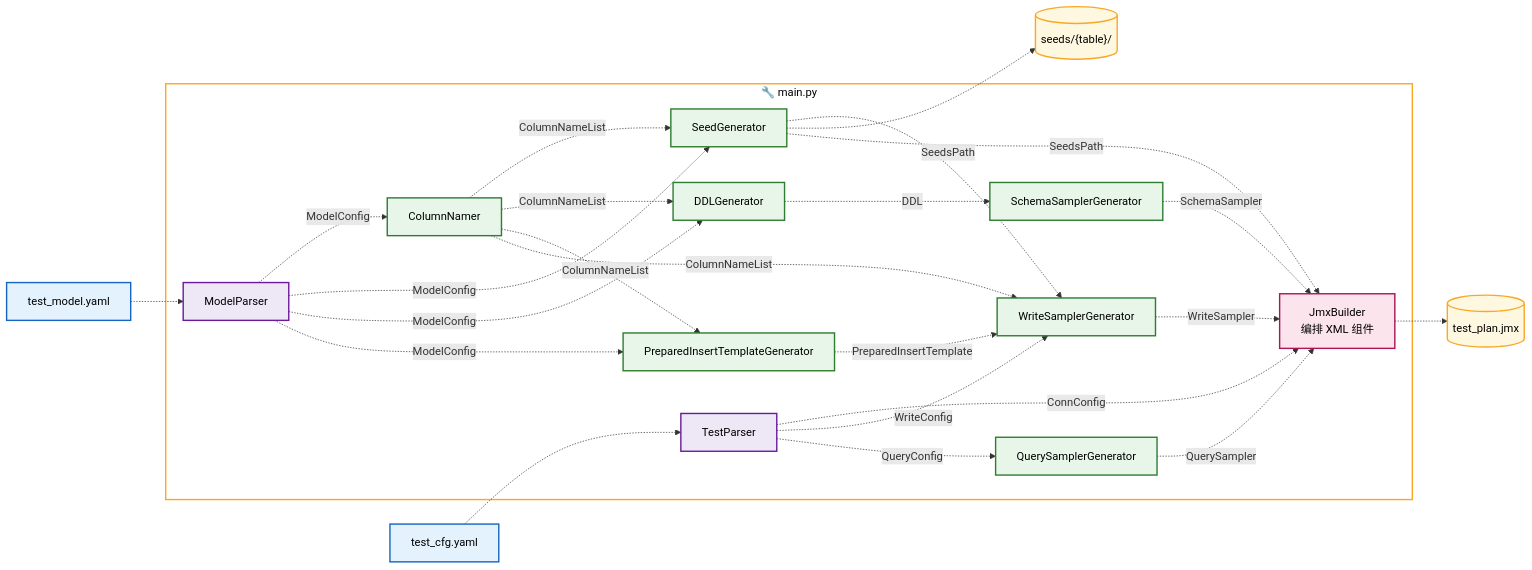
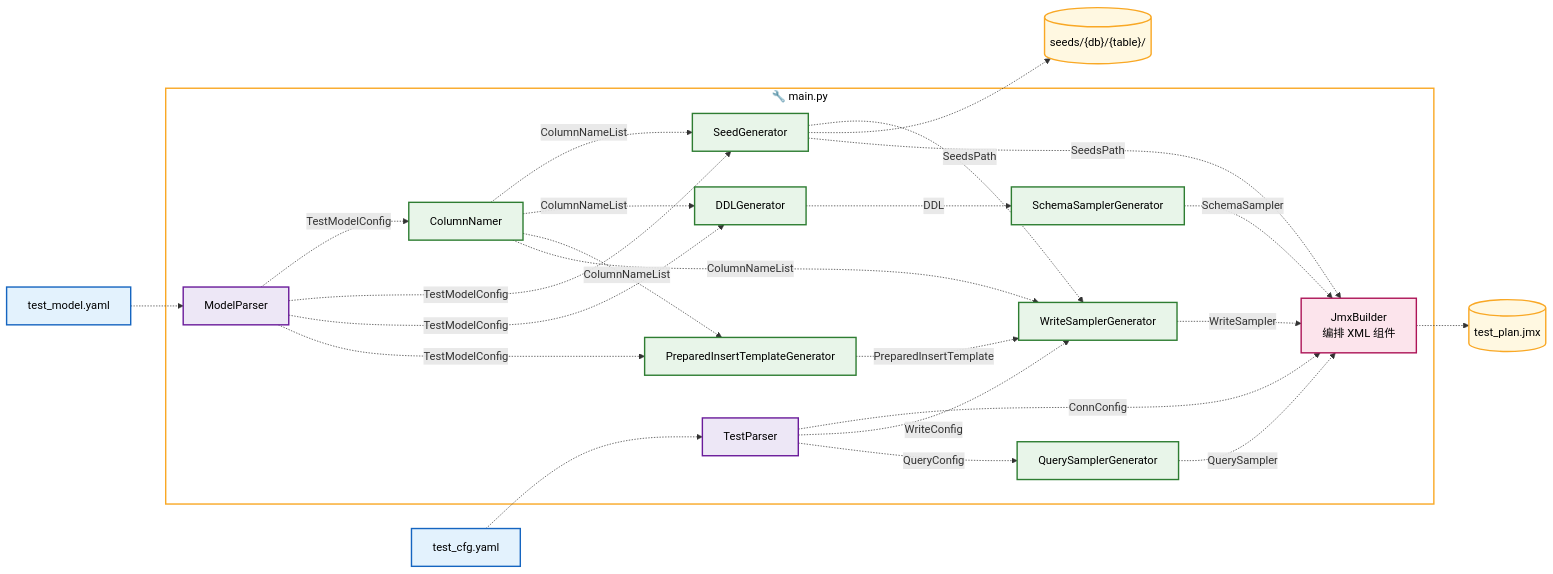
One commit to CharlieTheLionheart/jmeter-plan-generator changed the second of 3 diagrams in docs/designs/kwdb-svt-test-plan-generator-design.md. Above: the diagram before and after it, drawn with Mermaid. The commit also changed other lines of this file and 76 other files, not shown here.

````diff
--- a/docs/designs/kwdb-svt-test-plan-generator-design.md
+++ b/docs/designs/kwdb-svt-test-plan-generator-design.md
@@ -88,63 +88,63 @@
 ```mermaid
 flowchart LR
 TM["test_model.yaml"]
 TC["test_cfg.yaml"]
 subgraph Main["🔧 main.py"]
   PM["ModelParser"]
   PC["TestParser"]
   CN["ColumnNamer"]
   SDG["SeedGenerator"]
   DDG["DDLGenerator"]
   PITG["PreparedInsertTemplateGenerator"]
   JB["JmxBuilder\n编排 XML 组件"]
   WSG["WriteSamplerGenerator"]
   SCG["SchemaSamplerGenerator"]
   QSG["QuerySamplerGenerator"]
 end
 JMX[("test_plan.jmx")]
-SEEDS[("seeds/{table}/")]
+SEEDS[("seeds/{db}/{table}/")]
 
 TM -.-> PM
 TC -.-> PC
 
-PM -.->|ModelConfig| CN
-PM -.->|ModelConfig| SDG
-PM -.->|ModelConfig| DDG
-PM -.->|ModelConfig| PITG
+PM -.->|TestModelConfig| CN
+PM -.->|TestModelConfig| SDG
+PM -.->|TestModelConfig| DDG
+PM -.->|TestModelConfig| PITG
 
 PC -.->|ConnConfig| JB
 PC -.->|WriteConfig| WSG
 PC -.->|QueryConfig| QSG
 
 CN -.->|ColumnNameList| SDG
 CN -.->|ColumnNameList| DDG
 CN -.->|ColumnNameList| PITG
 CN -.->|ColumnNameList| WSG
 
 SDG -.->|SeedsPath| WSG
 SDG -.-> SEEDS
 SDG -.->|SeedsPath| JB
 
 DDG -.->|DDL| SCG
 PITG -.->|PreparedInsertTemplate| WSG
 
 SCG -.->|SchemaSampler| JB
 WSG -.->|WriteSampler| JB
 QSG -.->|QuerySampler| JB
 
 JB -.-> JMX
 
 classDef frame fill:#ffffff,stroke:#f9a825,color:#000,stroke-width:2px;
 classDef data fill:#fff8e1,stroke:#f9a825,color:#000,stroke-width:2px;
 classDef parse fill:#ede7f6,stroke:#6a1b9a,color:#000,stroke-width:2px;
 classDef input fill:#e3f2fd,stroke:#1565c0,color:#000,stroke-width:2px;
 classDef core fill:#e8f5e9,stroke:#2e7d32,color:#000,stroke-width:2px;
 classDef orchestrator fill:#fce4ec,stroke:#ad1457,color:#000,stroke-width:2px;
 
 class Main frame;
 class TM,TC input;
 class PM,PC parse;
 class JMX,SEEDS data;
 class CN,SDG,DDG,PITG,SCG,WSG,QSG core;
 class JB orchestrator;
 ```
````
